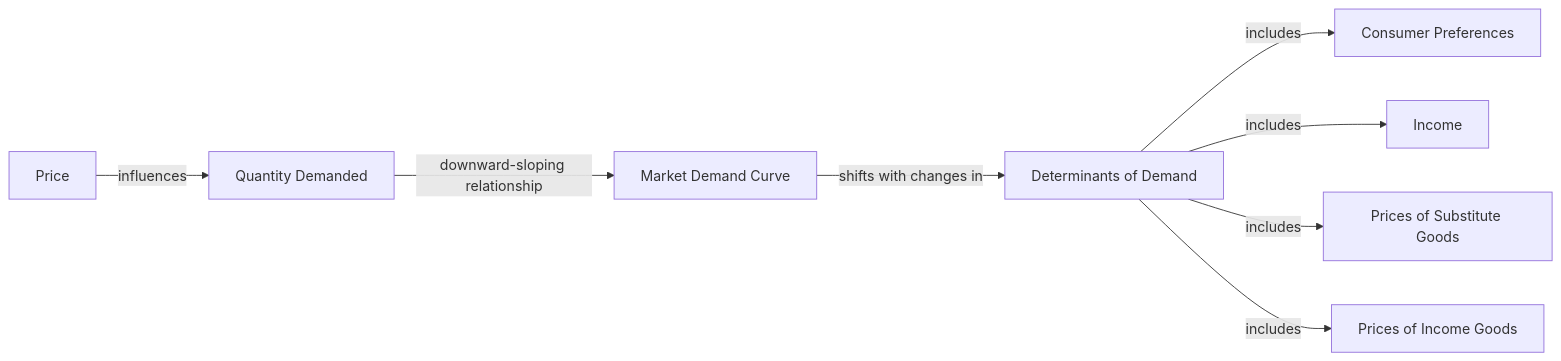
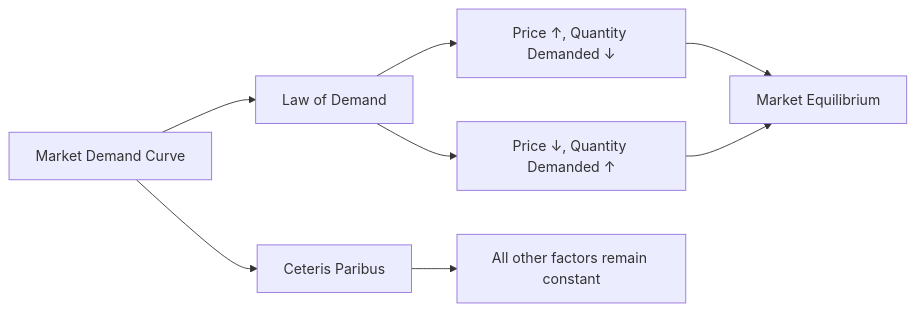
Before and after one commit to DagimAlemayehuu/Ater: the diagram in Obsidian_Vault/2-Academic/Winter 2026/Economics/2_Theory_Of_Demand_And_Supply/Market_Demand_Curve.md, drawn with Mermaid. The commit also changed other lines of this file and 39 other files, not shown here.

````diff
--- a/Obsidian_Vault/2-Academic/Winter 2026/Economics/2_Theory_Of_Demand_And_Supply/Market_Demand_Curve.md
+++ b/Obsidian_Vault/2-Academic/Winter 2026/Economics/2_Theory_Of_Demand_And_Supply/Market_Demand_Curve.md
@@ -34,12 +34,12 @@
 ```mermaid
 
 graph LR
-    P[Price] -->|influences| QD[Quantity Demanded]
-    QD -->|downward-sloping relationship| MDC[Market Demand Curve]
-    MDC -->|shifts with changes in| DOD[Determinants of Demand]
-    DOD -->|includes| CP[Consumer Preferences]
-    DOD -->|includes| I[Income]
-    DOD -->|includes| PSG[Prices of Substitute Goods]
-    DOD -->|includes| PIG[Prices of Income Goods]
+    A[Market Demand Curve] --> B[Law of Demand]
+    B --> C[Price ↑, Quantity Demanded ↓]
+    B --> D[Price ↓, Quantity Demanded ↑]
+    A --> E[Ceteris Paribus]
+    E --> F[All other factors remain constant]
+    C --> G[Market Equilibrium]
+    D --> G
 
 ```
````
